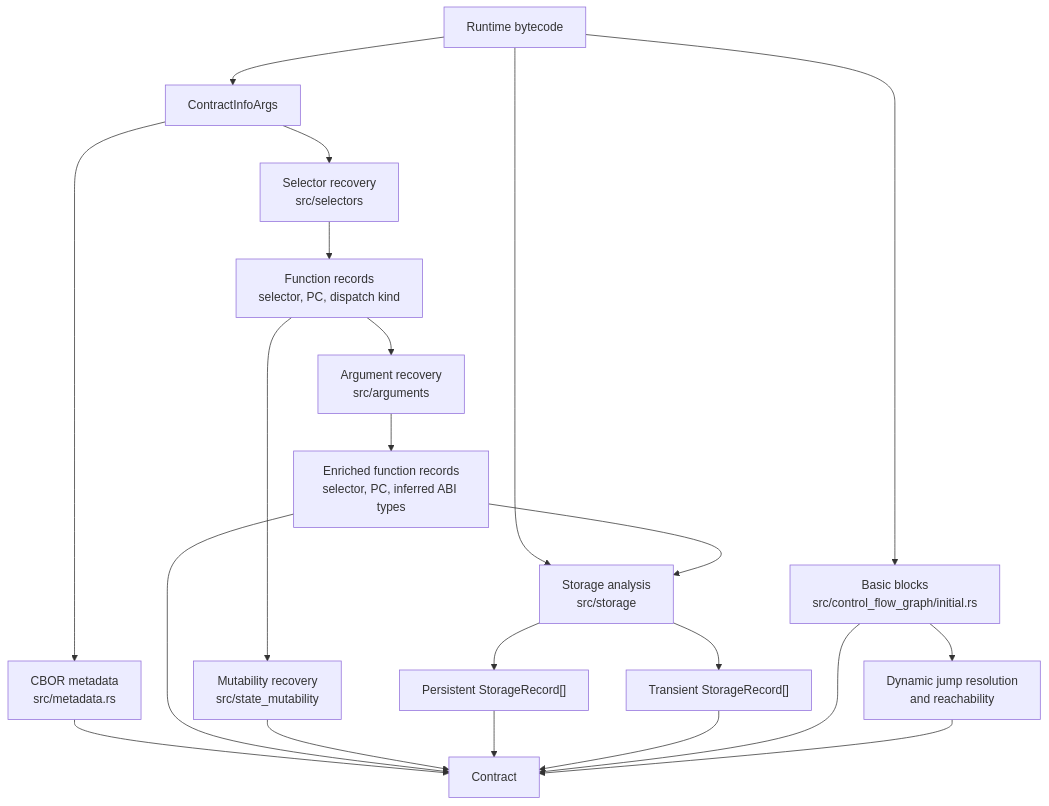
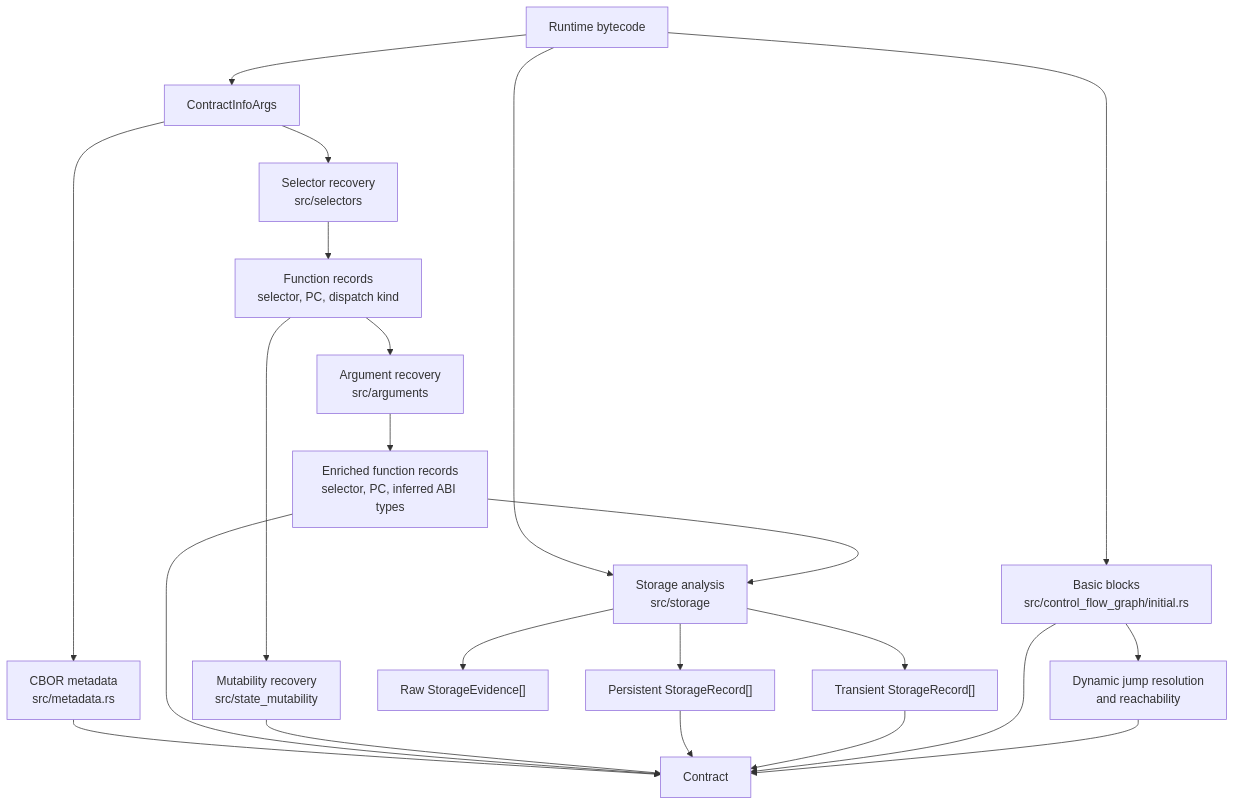
Before and after one commit to 0x76agabond/compose-bytecode-validation: the first of 3 diagrams in Architecture.md, drawn with Mermaid. The commit also changed other lines of this file and 1 other file, not shown here.

Commit message:
docs: update VSL validation architecture

````diff
--- a/Architecture.md
+++ b/Architecture.md
@@ -28,28 +28,29 @@
 ```mermaid
 flowchart TD
     bytecode["Runtime bytecode"] --> args["ContractInfoArgs"]
 
     args --> metadata["CBOR metadata<br/>src/metadata.rs"]
     args --> selectors["Selector recovery<br/>src/selectors"]
     selectors --> functions["Function records<br/>selector, PC, dispatch kind"]
 
     functions --> arguments["Argument recovery<br/>src/arguments"]
     functions --> mutability["Mutability recovery<br/>src/state_mutability"]
     arguments --> enriched["Enriched function records<br/>selector, PC, inferred ABI types"]
 
     bytecode --> blocks["Basic blocks<br/>src/control_flow_graph/initial.rs"]
     blocks --> cfg["Dynamic jump resolution<br/>and reachability"]
 
     bytecode --> storage["Storage analysis<br/>src/storage"]
     enriched --> storage
+    storage --> evidence["Raw StorageEvidence[]"]
     storage --> persistent["Persistent StorageRecord[]"]
     storage --> transient["Transient StorageRecord[]"]
 
     metadata --> result["Contract"]
     enriched --> result
     mutability --> result
     persistent --> result
     transient --> result
     blocks --> result
     cfg --> result
 ```
````
